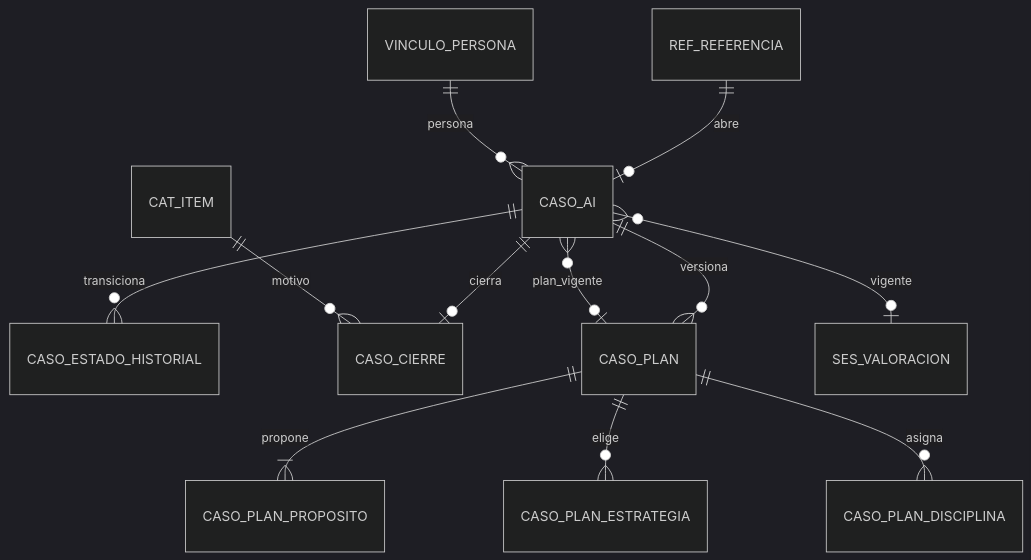
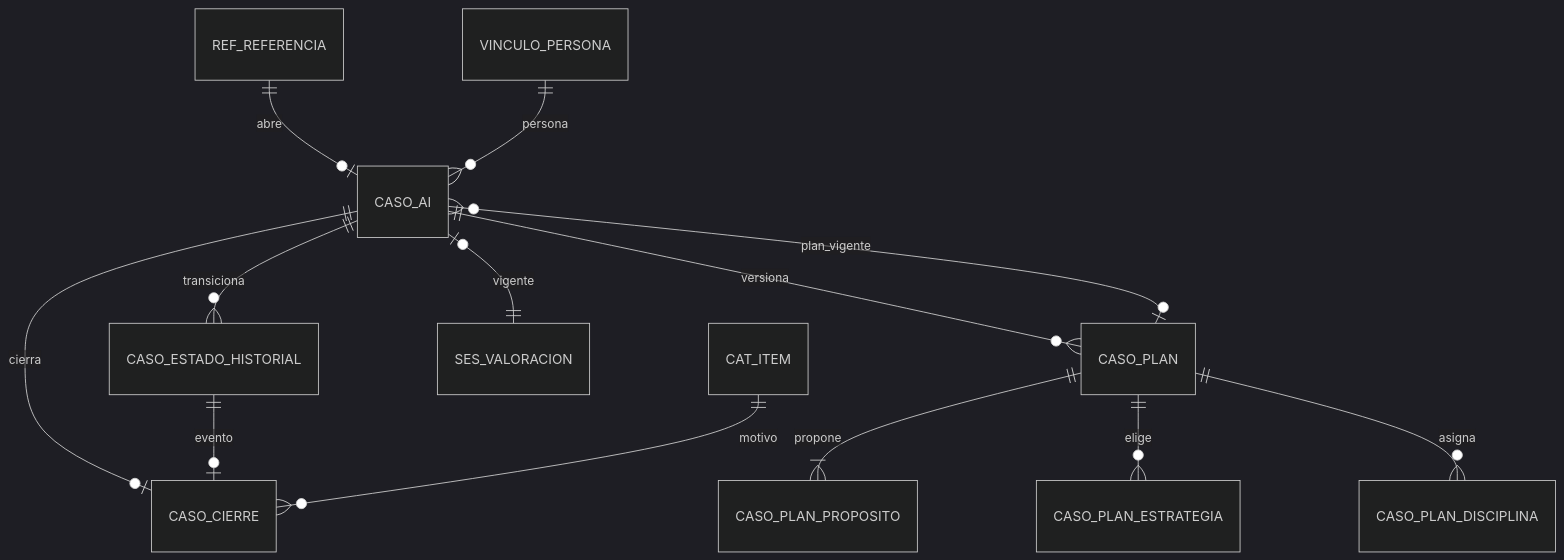
The third of 6 diagrams in docs/architecture/database-design/current/DATABASE_DESIGN_DOMAINS.md (sarah03qc/Modulo_SIA), drawn with Mermaid (dark theme) before and after one commit. The commit also changed other lines of this file and 45 other files, not shown here.

````diff
--- a/docs/architecture/database-design/current/DATABASE_DESIGN_DOMAINS.md
+++ b/docs/architecture/database-design/current/DATABASE_DESIGN_DOMAINS.md
@@ -49,14 +49,15 @@
 ```mermaid
 erDiagram
     REF_REFERENCIA ||--o| CASO_AI : abre
     VINCULO_PERSONA ||--o{ CASO_AI : persona
     CASO_AI ||--o{ CASO_ESTADO_HISTORIAL : transiciona
     CASO_AI ||--o| CASO_CIERRE : cierra
+    CASO_ESTADO_HISTORIAL ||--o| CASO_CIERRE : evento
     CASO_AI ||--o{ CASO_PLAN : versiona
-    CASO_AI }o--o| SES_VALORACION : vigente
+    CASO_AI |o--|| SES_VALORACION : vigente
     CASO_AI }o--o| CASO_PLAN : plan_vigente
     CASO_PLAN ||--|{ CASO_PLAN_PROPOSITO : propone
     CASO_PLAN ||--o{ CASO_PLAN_ESTRATEGIA : elige
     CASO_PLAN ||--o{ CASO_PLAN_DISCIPLINA : asigna
     CAT_ITEM ||--o{ CASO_CIERRE : motivo
 ```
````
